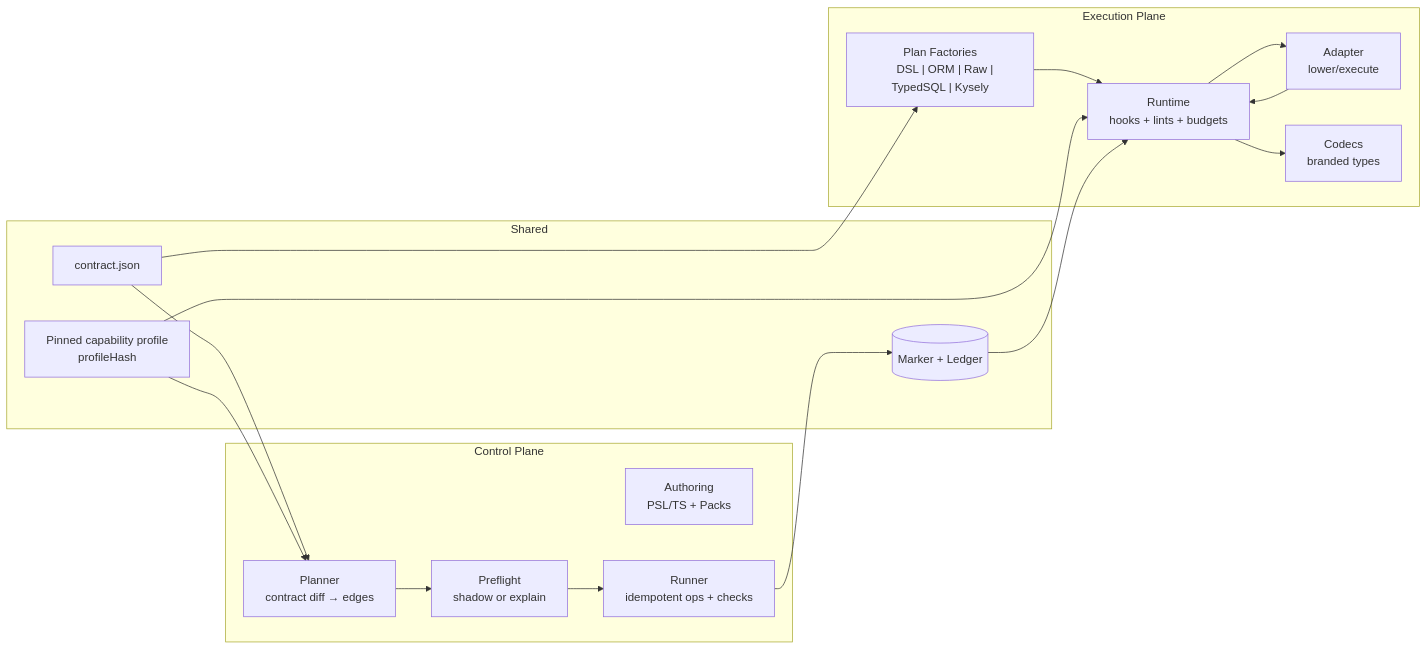
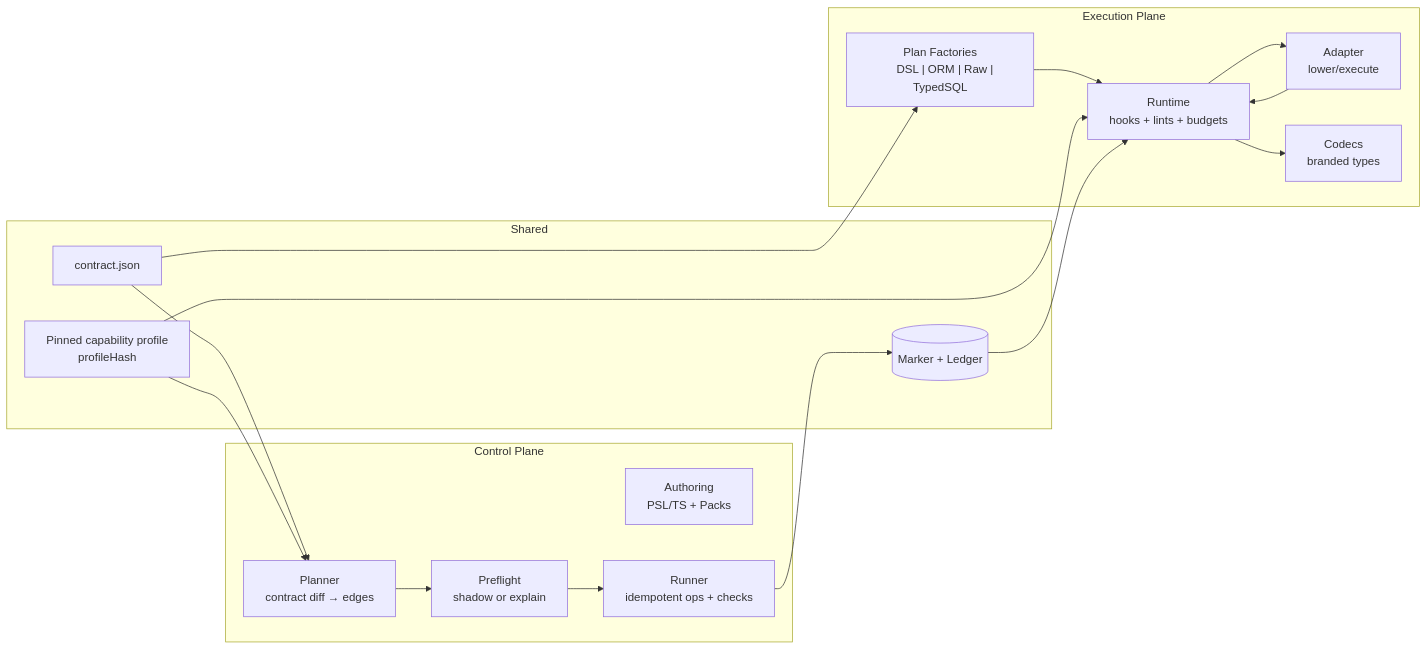
One commit to prisma/prisma-next changed the first of 4 diagrams in docs/Architecture Overview.md. Above: the diagram before and after it, drawn with Mermaid. The commit also changed other lines of this file and 12 other files, not shown here.

````diff
--- a/docs/Architecture Overview.md
+++ b/docs/Architecture Overview.md
@@ -58,44 +58,44 @@
 ```mermaid
 flowchart LR
   subgraph Shared
     C[contract.json]
     Prof[Pinned capability profile
     profileHash]
     Mk[(Marker + Ledger)]
   end
 
   subgraph "Control Plane"
     Auth[Authoring
     PSL/TS + Packs]
     Plan[Planner
     contract diff → edges]
     Pf[Preflight
     shadow or explain]
     Run[Runner
     idempotent ops + checks]
   end
 
   subgraph "Execution Plane"
     QF["Plan Factories
-    DSL | ORM | Raw | TypedSQL | Kysely"]
+    DSL | ORM | Raw | TypedSQL"]
     RT[Runtime
     hooks + lints + budgets]
     Adp[Adapter
     lower/execute]
     Cd[Codecs
     branded types]
   end
 
   C --> Plan
   C --> QF
   Plan --> Pf
   Pf --> Run
   Run --> Mk
   QF --> RT
   RT --> Adp
   Adp --> RT
   RT --> Cd
   Prof --> RT
   Prof --> Plan
   Mk --> RT
 ```
````
